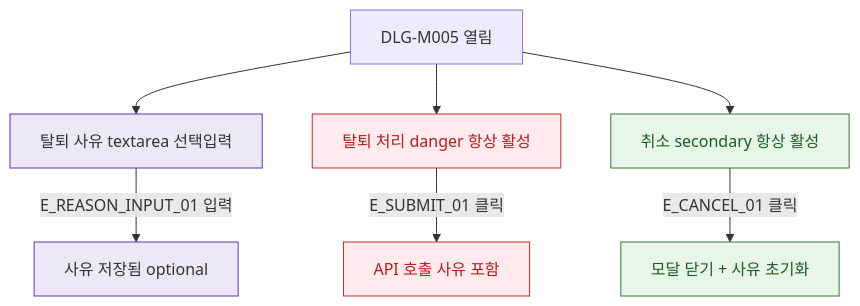
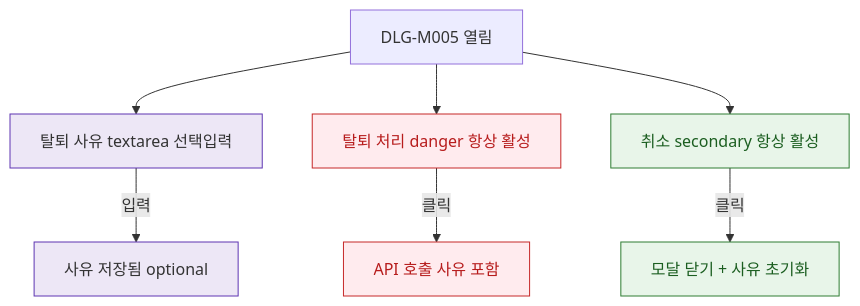
One commit to dev-spogym/admin-pando changed the diagram in docs/다이어그램/D02_회원관리/DLG/DLG-M005_탈퇴처리/M2_필드검증.md. Above: the diagram before and after it, drawn with Mermaid. The commit also changed other lines of this file and 1660 other files, not shown here.

First line of the commit message:
다이어그램: 기획자/클라이언트 납품본으로 정리

````diff
--- a/docs/다이어그램/D02_회원관리/DLG/DLG-M005_탈퇴처리/M2_필드검증.md
+++ b/docs/다이어그램/D02_회원관리/DLG/DLG-M005_탈퇴처리/M2_필드검증.md
@@ -22,21 +20,21 @@
 ```mermaid
 flowchart TD
   DLG[DLG-M005 열림]
 
   DLG --> FLD_REASON[탈퇴 사유 textarea 선택입력]
   DLG --> BTN_SUBMIT[탈퇴 처리 danger 항상 활성]
   DLG --> BTN_CANCEL[취소 secondary 항상 활성]
 
-  FLD_REASON -->|E_REASON_INPUT_01 입력| REASON_STORED[사유 저장됨 optional]
+  FLD_REASON -->|입력|REASON_STORED[사유 저장됨 optional]
 
-  BTN_SUBMIT -->|E_SUBMIT_01 클릭| SUBMIT[API 호출 사유 포함]
-  BTN_CANCEL -->|E_CANCEL_01 클릭| CLOSE[모달 닫기 + 사유 초기화]
+  BTN_SUBMIT -->|클릭|SUBMIT[API 호출 사유 포함]
+  BTN_CANCEL -->|클릭|CLOSE[모달 닫기 + 사유 초기화]
 
-  classDef system  fill:#EDE7F6,stroke:#5E35B2
+  classDef system fill:#EDE7F6,stroke:#5E35B2
   classDef success fill:#E8F5E9,stroke:#2E7D32,color:#1B5E20
-  classDef error   fill:#FFEBEE,stroke:#C62828,color:#B71C1C
+  classDef error fill:#FFEBEE,stroke:#C62828,color:#B71C1C
 
   class FLD_REASON,REASON_STORED system
   class BTN_SUBMIT,SUBMIT error
   class BTN_CANCEL,CLOSE success
 ```
````
